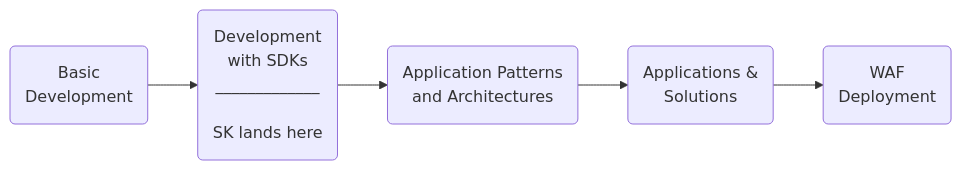
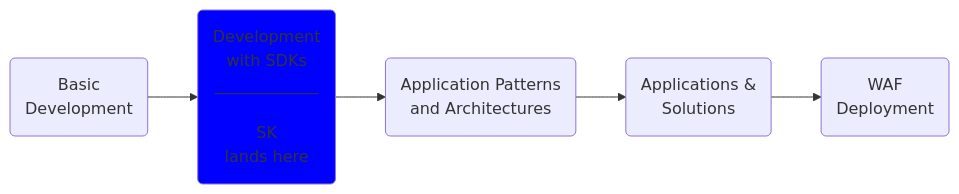
Before and after one commit to msalemor/sk-dev-training: the diagram in README.md, drawn with Mermaid. The commit also changed other lines of this file and 3 other files, not shown here.

````diff
--- a/README.md
+++ b/README.md
@@ -66,7 +108,10 @@
 ```mermaid
 graph LR;
-  A(Basic<br/>Development) --> B(Development<br/>with SDKs<br/>_____________<br/> <br/>SK lands here)
+  A(Basic<br/>Development) --> B(Development<br/>with SDKs<br/>_____________<br/> <br/>SK<br/>lands here)
   B-->C(Application Patterns<br/>and Architectures)
   C-->D(Applications &<br/>Solutions)
-  D-->E(WAF<br/>Deployment)
+  D-->E(WAF<br/>Deployment)  
+  classDef someclass fill:blue
+  class B someclass
+
 ```
````
